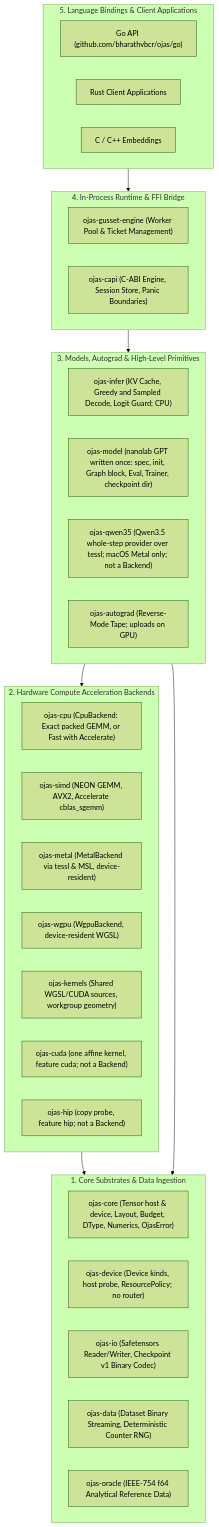
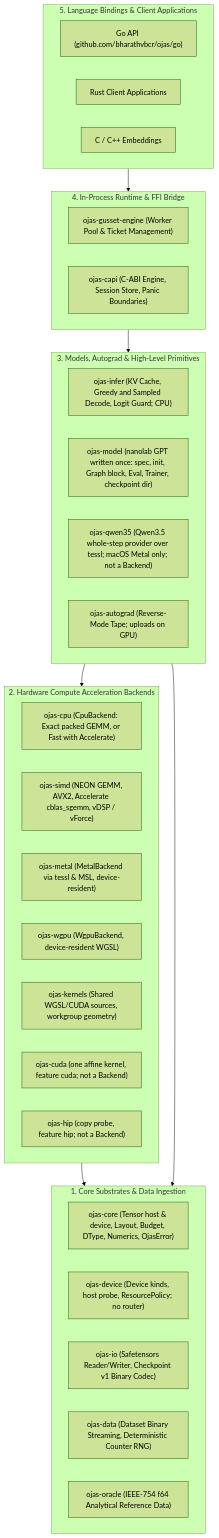
Before and after one commit to bharathvbcr/ojas: the second of 8 diagrams in docs/architecture.md, drawn with Mermaid (forest theme). The commit also changed 14 other files, not shown here.

````diff
--- a/docs/architecture.md
+++ b/docs/architecture.md
@@ -33,44 +33,44 @@
 ```mermaid
 flowchart TD
     subgraph Layer5["5. Language Bindings & Client Applications"]
         GoPkg["Go API (github.com/bharathvbcr/ojas/go)"]
         RustApps["Rust Client Applications"]
         ForeignHost["C / C++ Embeddings"]
     end
 
     subgraph Layer4["4. In-Process Runtime & FFI Bridge"]
         Gusset["ojas-gusset-engine (Worker Pool & Ticket Management)"]
         CAPI["ojas-capi (C-ABI Engine, Session Store, Panic Boundaries)"]
     end
 
     subgraph Layer3["3. Models, Autograd & High-Level Primitives"]
         Infer["ojas-infer (KV Cache, Greedy and Sampled Decode, Logit Guard; CPU)"]
         Model["ojas-model (nanolab GPT written once: spec, init, Graph block, Eval, Trainer, checkpoint dir)"]
         Qwen35["ojas-qwen35 (Qwen3.5 whole-step provider over tessl; macOS Metal only; not a Backend)"]
         Autograd["ojas-autograd (Reverse-Mode Tape; uploads on GPU)"]
     end
 
     subgraph Layer2["2. Hardware Compute Acceleration Backends"]
         CPU["ojas-cpu (CpuBackend: Exact packed GEMM, or Fast with Accelerate)"]
-        SIMD["ojas-simd (NEON GEMM, AVX2, Accelerate cblas_sgemm)"]
+        SIMD["ojas-simd (NEON GEMM, AVX2, Accelerate cblas_sgemm, vDSP / vForce)"]
         Metal["ojas-metal (MetalBackend via tessl & MSL, device-resident)"]
         WGPU["ojas-wgpu (WgpuBackend, device-resident WGSL)"]
         Kernels["ojas-kernels (Shared WGSL/CUDA sources, workgroup geometry)"]
         CUDA["ojas-cuda (one affine kernel, feature cuda; not a Backend)"]
         HIP["ojas-hip (copy probe, feature hip; not a Backend)"]
     end
 
     subgraph Layer1["1. Core Substrates & Data Ingestion"]
         Core["ojas-core (Tensor host & device, Layout, Budget, DType, Numerics, OjasError)"]
         Device["ojas-device (Device kinds, host probe, ResourcePolicy; no router)"]
         IO["ojas-io (Safetensors Reader/Writer, Checkpoint v1 Binary Codec)"]
         Data["ojas-data (Dataset Binary Streaming, Deterministic Counter RNG)"]
         Oracle["ojas-oracle (IEEE-754 f64 Analytical Reference Data)"]
     end
 
     Layer5 --> Layer4
     Layer4 --> Layer3
     Layer3 --> Layer2
     Layer2 --> Layer1
     Layer3 --> Layer1
 ```
````
